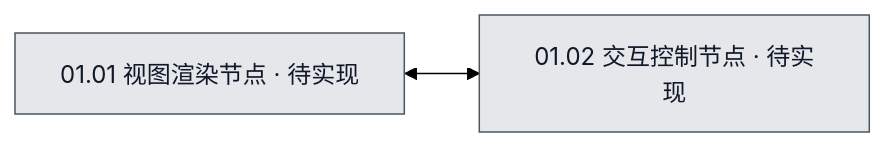
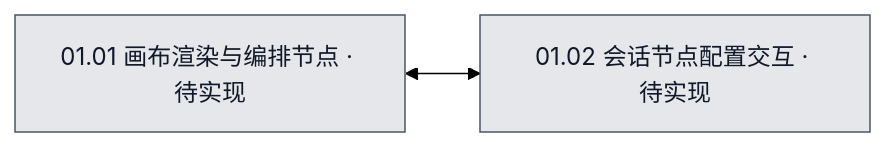
The diagram in 流程图/01-GUI控制台/01-GUI控制台.mmd (xax0826-source/agent-cli-), drawn with Mermaid (forest theme) before and after one commit. The commit also changed 6 other files, not shown here.

First line of the commit message:
docs: update architecture design with infinite canvas concept

```diff
--- a/流程图/01-GUI控制台/01-GUI控制台.mmd
+++ b/流程图/01-GUI控制台/01-GUI控制台.mmd
@@ -1,9 +1,9 @@
 %% diagram-id: 01
 %% view: target
-%% node-doc: N01_01 = ./01.01-视图渲染节点.md
-%% node-doc: N01_02 = ./01.02-交互控制节点.md
+%% node-doc: N01_01 = ./01.01-画布渲染与编排节点.md
+%% node-doc: N01_02 = ./01.02-会话节点配置交互.md
 flowchart LR
-    N01_01["01.01 视图渲染节点 · 待实现"] <--> N01_02["01.02 交互控制节点 · 待实现"]
+    N01_01["01.01 画布渲染与编排节点 · 待实现"] <--> N01_02["01.02 会话节点配置交互 · 待实现"]
     classDef pending fill:#e5e7eb,stroke:#4b5563,color:#111827;
     class N01_01 pending;
     class N01_02 pending;
```
